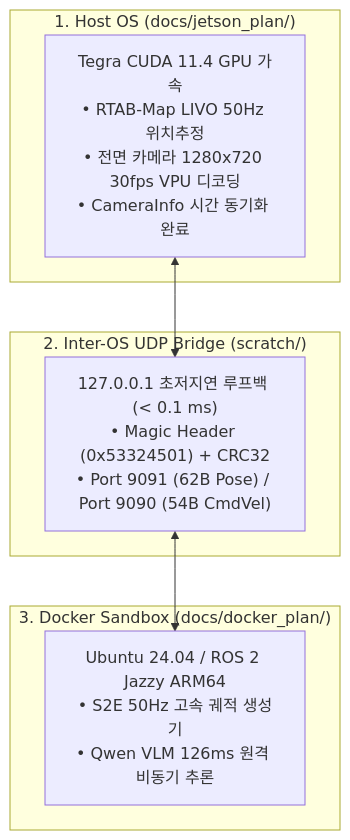
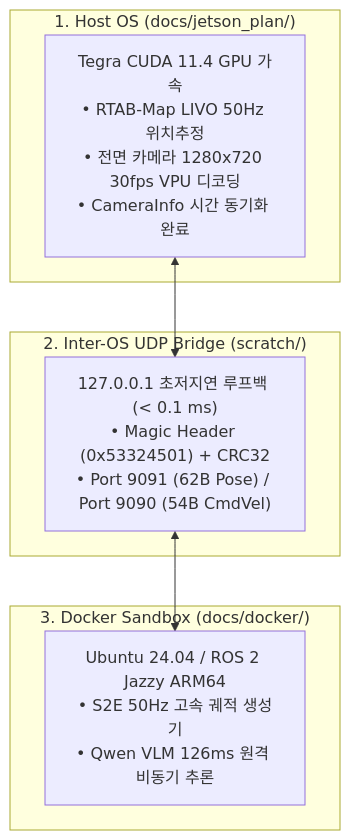
One commit to CGV-HGU/go2_ws changed the diagram in docs/master_plan/[2026-08-20]_ESCAPE-Nav_실물_로봇_Jetson_및_Docker_통합_총평_및_마스터_플랜.md. Above: the diagram before and after it, drawn with Mermaid. The commit also changed other lines of this file and 5 other files, not shown here.

Commit message:
docs & test: update master_plan linux links, add docker 50Hz stress & multimodal vlm tests

````diff
--- a/docs/master_plan/[2026-08-20]_ESCAPE-Nav_실물_로봇_Jetson_및_Docker_통합_총평_및_마스터_플랜.md
+++ b/docs/master_plan/[2026-08-20]_ESCAPE-Nav_실물_로봇_Jetson_및_Docker_통합_총평_및_마스터_플랜.md
@@ -29,16 +29,16 @@
 ```mermaid
 graph TD
     subgraph "1. Host OS (docs/jetson_plan/)"
         J1["Tegra CUDA 11.4 GPU 가속<br/>• RTAB-Map LIVO 50Hz 위치추정<br/>• 전면 카메라 1280x720 30fps VPU 디코딩<br/>• CameraInfo 시간 동기화 완료"]
     end
 
     subgraph "2. Inter-OS UDP Bridge (scratch/)"
         B1["127.0.0.1 초저지연 루프백 (< 0.1 ms)<br/>• Magic Header (0x53324501) + CRC32<br/>• Port 9091 (62B Pose) / Port 9090 (54B CmdVel)"]
     end
 
-    subgraph "3. Docker Sandbox (docs/docker_plan/)"
+    subgraph "3. Docker Sandbox (docs/docker/)"
         D1["Ubuntu 24.04 / ROS 2 Jazzy ARM64<br/>• S2E 50Hz 고속 궤적 생성기<br/>• Qwen VLM 126ms 원격 비동기 추론"]
     end
 
     J1 <--> B1 <--> D1
 ```
````
